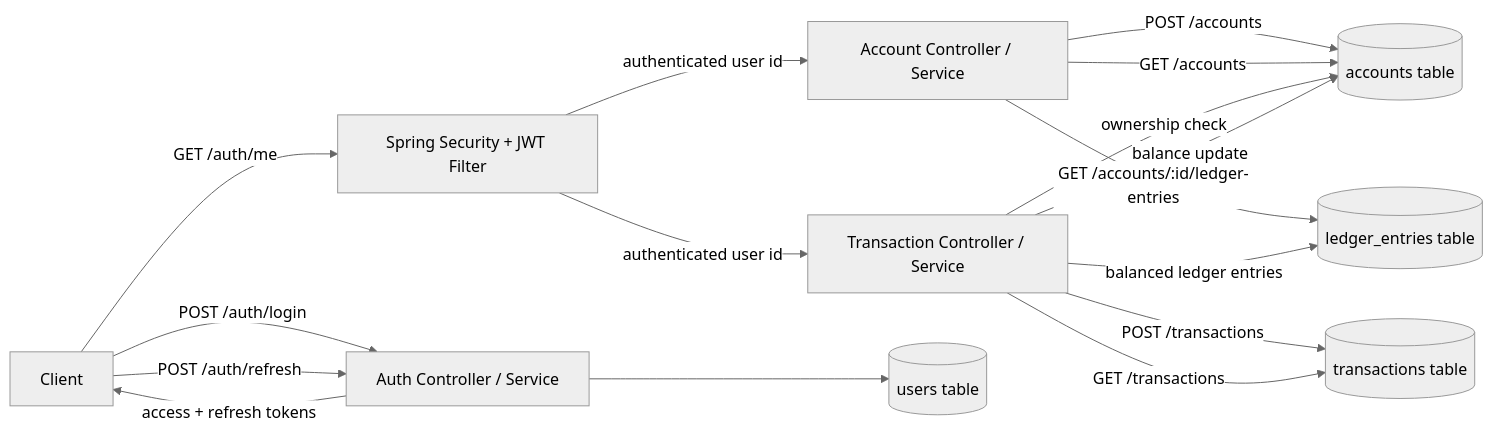
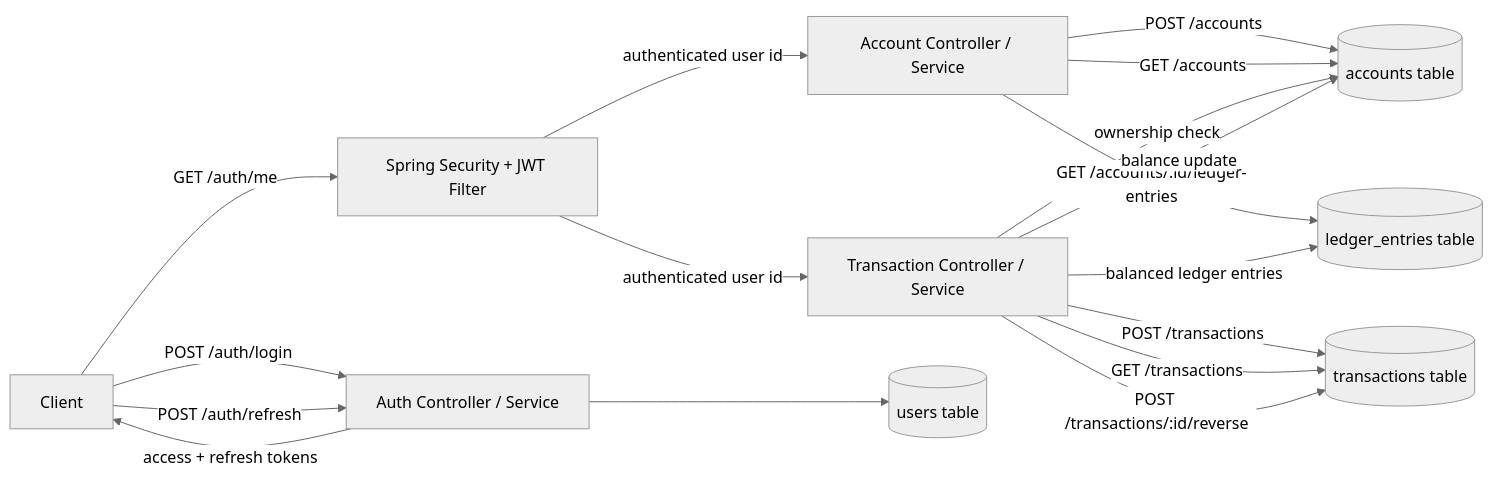
The second of 2 diagrams in README.md (fanryan/ledgerflow), drawn with Mermaid (neutral theme) before and after one commit. The commit also changed other lines of this file and 3 other files, not shown here.

````diff
--- a/README.md
+++ b/README.md
@@ -72,31 +72,32 @@
 ```mermaid
 flowchart LR
     Client[Client]
     Security[Spring Security + JWT Filter]
     Auth[Auth Controller / Service]
     Accounts[Account Controller / Service]
     Transactions[Transaction Controller / Service]
     Users[(users table)]
     AccountTable[(accounts table)]
     TransactionTable[(transactions table)]
     LedgerTable[(ledger_entries table)]
 
     Client -->|POST /auth/login| Auth
     Auth --> Users
     Auth -->|access + refresh tokens| Client
 
     Client -->|GET /auth/me| Security
     Client -->|POST /auth/refresh| Auth
 
     Security -->|authenticated user id| Accounts
     Accounts -->|POST /accounts| AccountTable
     Accounts -->|GET /accounts| AccountTable
     Accounts -->|GET /accounts/:id/ledger-entries| LedgerTable
 
     Security -->|authenticated user id| Transactions
     Transactions -->|ownership check| AccountTable
     Transactions -->|POST /transactions| TransactionTable
     Transactions -->|GET /transactions| TransactionTable
+    Transactions -->|POST /transactions/:id/reverse| TransactionTable
     Transactions -->|balanced ledger entries| LedgerTable
     Transactions -->|balance update| AccountTable
 ```
````
